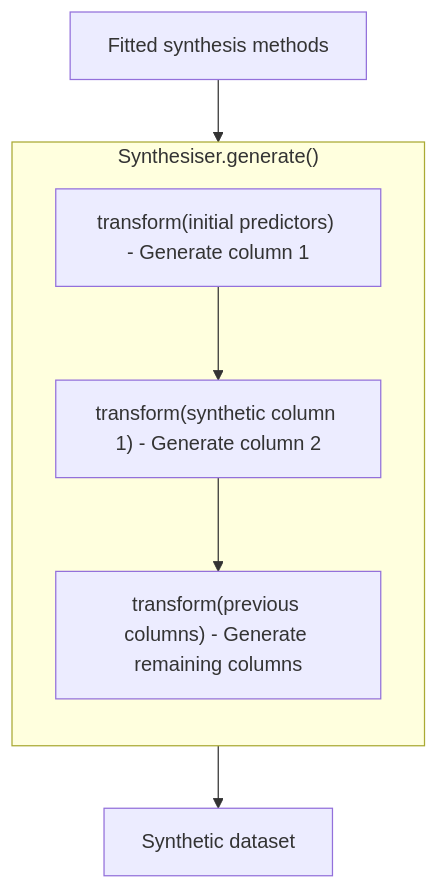
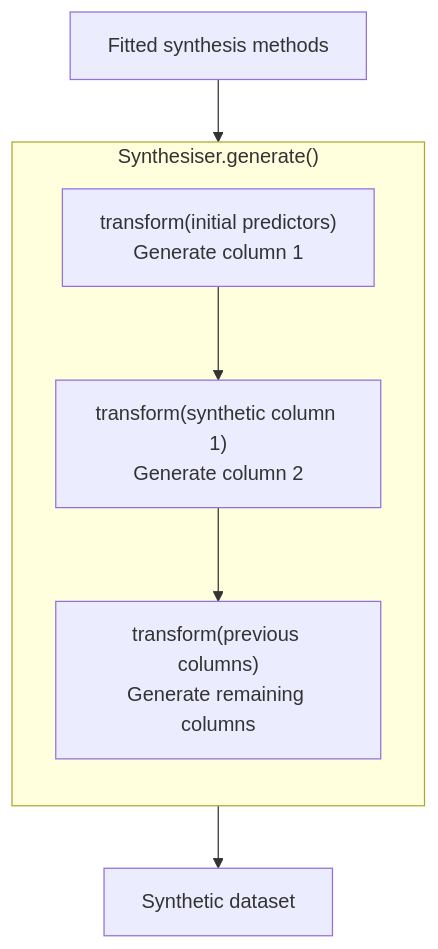
Before and after one commit to duonl/synthpop-py: the second of 2 diagrams in docs/source/user_guides/8_custom_synthesis_methods.md, drawn with Mermaid.

Commit message:
readd line breaks

````diff
--- a/docs/source/user_guides/8_custom_synthesis_methods.md
+++ b/docs/source/user_guides/8_custom_synthesis_methods.md
@@ -42,18 +42,18 @@
 ```{mermaid}
 flowchart TD
 
     A[Fitted synthesis methods]
 
     subgraph GEN["Synthesiser.generate()"]
         direction TB
-        B["transform(initial predictors) - Generate column 1"]
-        C["transform(synthetic column 1) - Generate column 2"]
-        D["transform(previous columns) - Generate remaining columns"]
+        B["transform(initial predictors)<br>Generate column 1"]
+        C["transform(synthetic column 1)<br>Generate column 2"]
+        D["transform(previous columns)<br>Generate remaining columns"]
 
         B --> C --> D
     end
 
     H[Synthetic dataset]
 
     A --> GEN --> H
 ```
````
